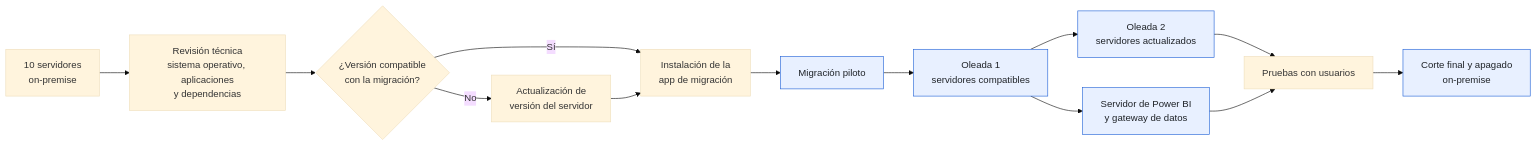
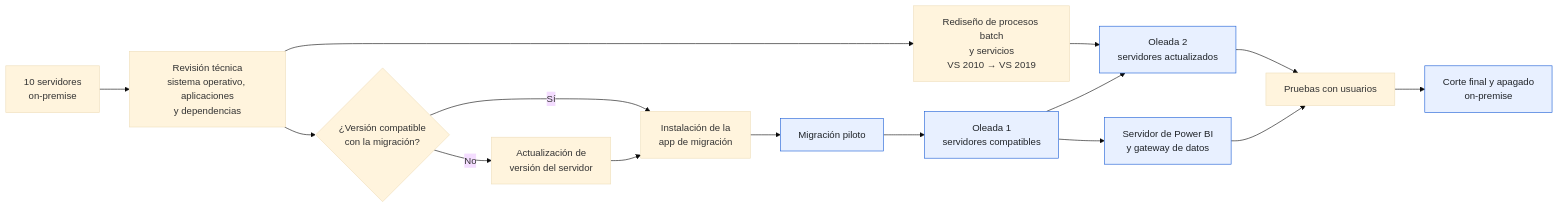
One commit to enzotarazona/pm-migracion-servidores-nube changed the first of 4 diagrams in README.md. Above: the diagram before and after it, drawn with Mermaid (base theme). The commit also changed other lines of this file, not shown here.

````diff
--- a/README.md
+++ b/README.md
@@ -89,17 +91,19 @@
 ```mermaid
 flowchart LR
     S["10 servidores<br/>on-premise"] --> R["Revisión técnica<br/>sistema operativo, aplicaciones<br/>y dependencias"]
     R --> Q{"¿Versión compatible<br/>con la migración?"}
     Q -->|Sí| A1["Instalación de la<br/>app de migración"]
     Q -->|No| U["Actualización de<br/>versión del servidor"]
     U --> A1
+    R --> BS["Rediseño de procesos batch<br/>y servicios<br/>VS 2010 → VS 2019"]
+    BS --> O2
     A1 --> P["Migración piloto"]
     P --> O1["Oleada 1<br/>servidores compatibles"]
     O1 --> O2["Oleada 2<br/>servidores actualizados"]
     O1 --> BI["Servidor de Power BI<br/>y gateway de datos"]
     O2 --> V["Pruebas con usuarios"]
     BI --> V
     V --> C["Corte final y apagado<br/>on-premise"]
     classDef nube fill:#e8f0ff,stroke:#1d5fd6,color:#1f2328
     class P,O1,O2,BI,C nube
 ```
````
